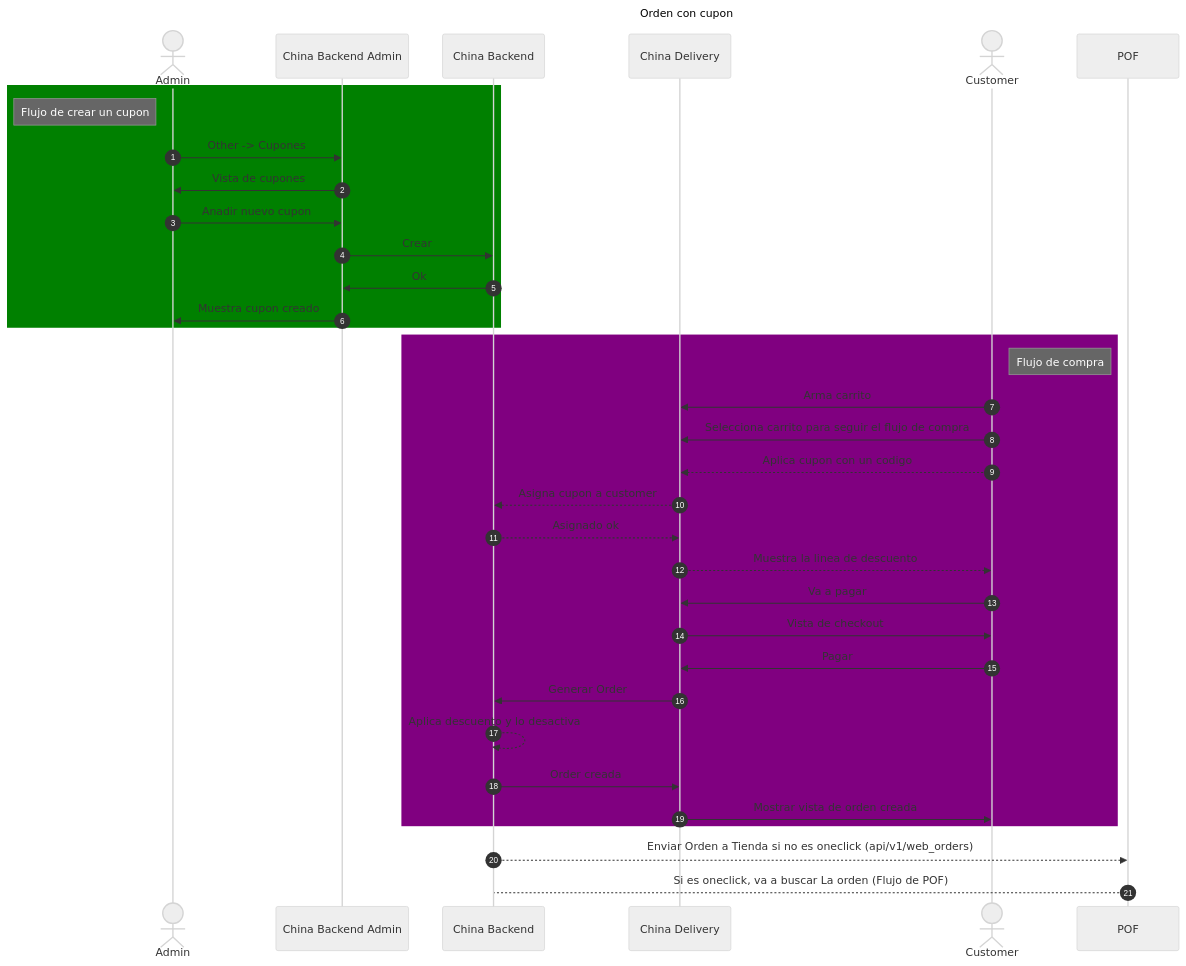
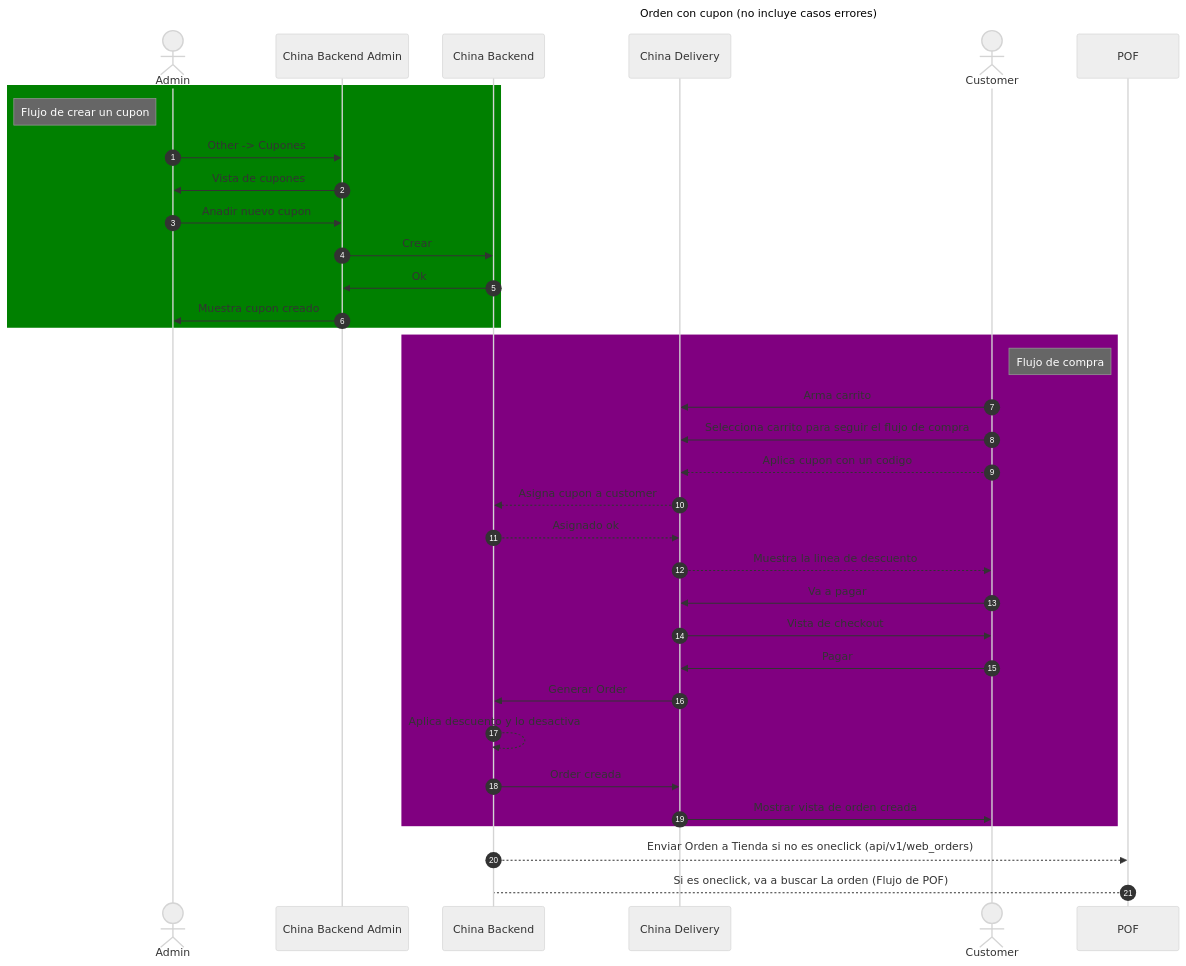
The second of 4 diagrams in 100_niufoods/03_projects/china_backend/documentation/orders/diagramns.md (javix70/personal_obsidian), drawn with Mermaid (neutral theme) before and after one commit. The commit also changed 5 other files, not shown here.

````diff
--- a/100_niufoods/03_projects/china_backend/documentation/orders/diagramns.md
+++ b/100_niufoods/03_projects/china_backend/documentation/orders/diagramns.md
@@ -39,41 +39,41 @@
 ```mermaid
 ---
-title: Orden con cupon
+title: Orden con cupon (no incluye casos errores)
 ---
 sequenceDiagram
     autonumber
     actor A as Admin
     participant BA as China Backend Admin
     participant B as China Backend
     participant D as China Delivery
     actor C as Customer
     participant POF
 
     rect Green
     note left of A: Flujo de crear un cupon
     A->>BA: Other -> Cupones 
     BA->>A: Vista de cupones
     A->>BA: Anadir nuevo cupon
     BA->>B: Crear
     B->>BA: Ok
     BA->>A: Muestra cupon creado
     end
     rect Purple
     note right of C: Flujo de compra
     C->>D: Arma carrito
     C->>D: Selecciona carrito para seguir el flujo de compra
     C-->>D: Aplica cupon con un codigo
     D-->>B: Asigna cupon a customer
     B-->>D: Asignado ok
     D-->>C: Muestra la linea de descuento
     C->>D: Va a pagar
     D->>C: Vista de checkout
     C->>D: Pagar
     D->>B: Generar Order
     B-->>B: Aplica descuento y lo desactiva
     B->>D: Order creada
     D->>C: Mostrar vista de orden creada
     end
     B-->>POF: Enviar Orden a Tienda si no es oneclick (api/v1/web_orders)
     POF-->B: Si es oneclick, va a buscar La orden (Flujo de POF)  
 ```
````
